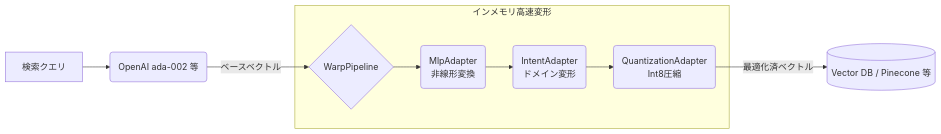
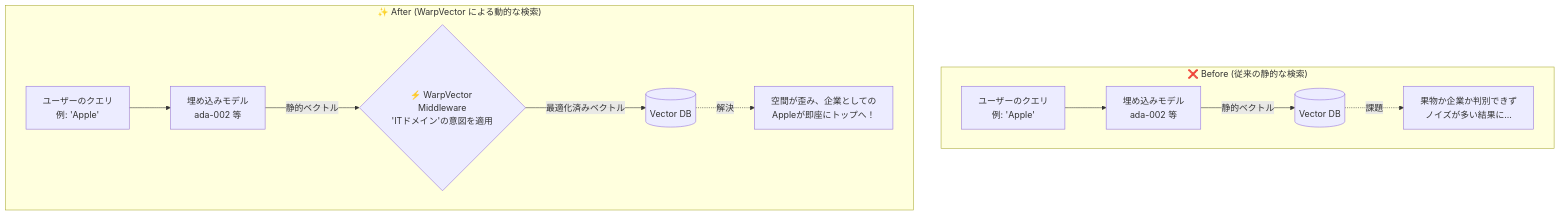
Before and after one commit to daiki-moritake/warpvector: the first of 2 diagrams in README.ja.md, drawn with Mermaid. The commit also changed other lines of this file and 1 other file, not shown here.

Commit message:
docs: overhaul README with architectural diagrams, feature highlights, and usage examples

````diff
--- a/README.ja.md
+++ b/README.ja.md
@@ -196,13 +44,15 @@
 ```mermaid
-graph LR
-    Input[検索クエリ] --> BaseLLM(OpenAI ada-002 等)
-    BaseLLM -->|ベースベクトル| WP{WarpPipeline}
-    
-    subgraph WarpVector[インメモリ高速変形]
-        WP --> Step1(MlpAdapter<br>非線形変換)
-        Step1 --> Step2(IntentAdapter<br>ドメイン変形)
-        Step2 --> Final(QuantizationAdapter<br>Int8圧縮)
+graph TD
+    subgraph "❌ Before (従来の静的な検索)"
+        B_Query[ユーザーのクエリ<br/>例: 'Apple'] --> B_LLM[埋め込みモデル<br/>ada-002 等]
+        B_LLM -->|静的ベクトル| B_DB[(Vector DB)]
+        B_DB -.->|課題| B_Result[果物か企業か判別できず<br/>ノイズが多い結果に...]
     end
-    
-    Final -->|最適化済ベクトル| DB[(Vector DB / Pinecone 等)]
+
+    subgraph "✨ After (WarpVector による動的な検索)"
+        A_Query[ユーザーのクエリ<br/>例: 'Apple'] --> A_LLM[埋め込みモデル<br/>ada-002 等]
+        A_LLM -->|静的ベクトル| A_WV{⚡️ WarpVector Middleware<br/>'ITドメイン'の意図を適用}
+        A_WV -->|最適化済みベクトル| A_DB[(Vector DB)]
+        A_DB -.->|解決| A_Result[空間が歪み、企業としての<br/>Appleが即座にトップへ！]
+    end
 ```
````
